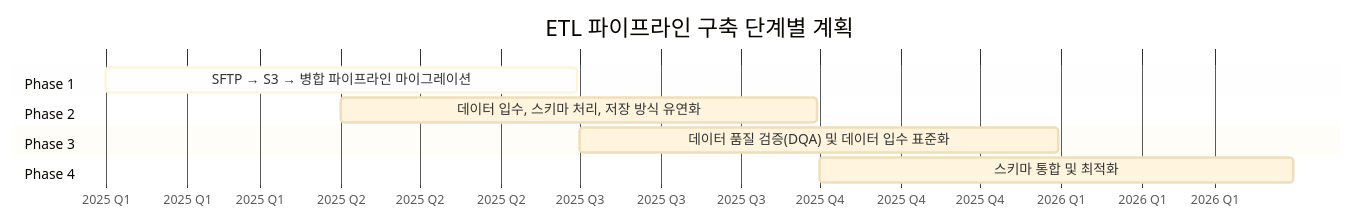
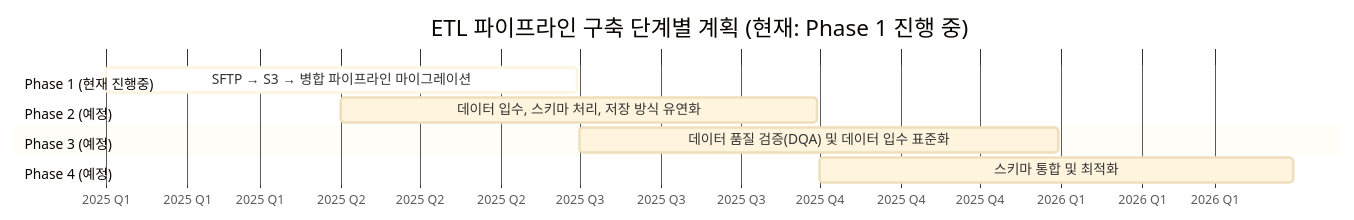
The first of 11 diagrams in _posts/2025-03-18-etl-pipeline.md (yeokyeong-yoon/yeokyeong-yoon.github.io), drawn with Mermaid before and after one commit. The commit also changed other lines of this file, not shown here.

Commit message:
docs: Add clear context about current Phase 1 implementation and improve document structure

````diff
--- a/_posts/2025-03-18-etl-pipeline.md
+++ b/_posts/2025-03-18-etl-pipeline.md
@@ -80,16 +80,16 @@
 ```mermaid
 %%{init: {'theme': 'base', 'themeVariables': { 'fontSize': '16px', 'fontFamily': 'arial'}}}%%
 gantt
-    title ETL 파이프라인 구축 단계별 계획
+    title ETL 파이프라인 구축 단계별 계획 (현재: Phase 1 진행 중)
     dateFormat  YYYY-MM-DD
     axisFormat %Y Q%q
 
-    section Phase 1
+    section Phase 1 (현재 진행중)
     SFTP → S3 → 병합 파이프라인 마이그레이션    :active, 2025-01-01, 2025-06-30
-    section Phase 2
+    section Phase 2 (예정)
     데이터 입수, 스키마 처리, 저장 방식 유연화    :2025-04-01, 2025-09-30
-    section Phase 3
+    section Phase 3 (예정)
     데이터 품질 검증(DQA) 및 데이터 입수 표준화    :2025-07-01, 2025-12-31
-    section Phase 4
+    section Phase 4 (예정)
     스키마 통합 및 최적화    :2025-10-01, 2026-03-31
 ```
````
